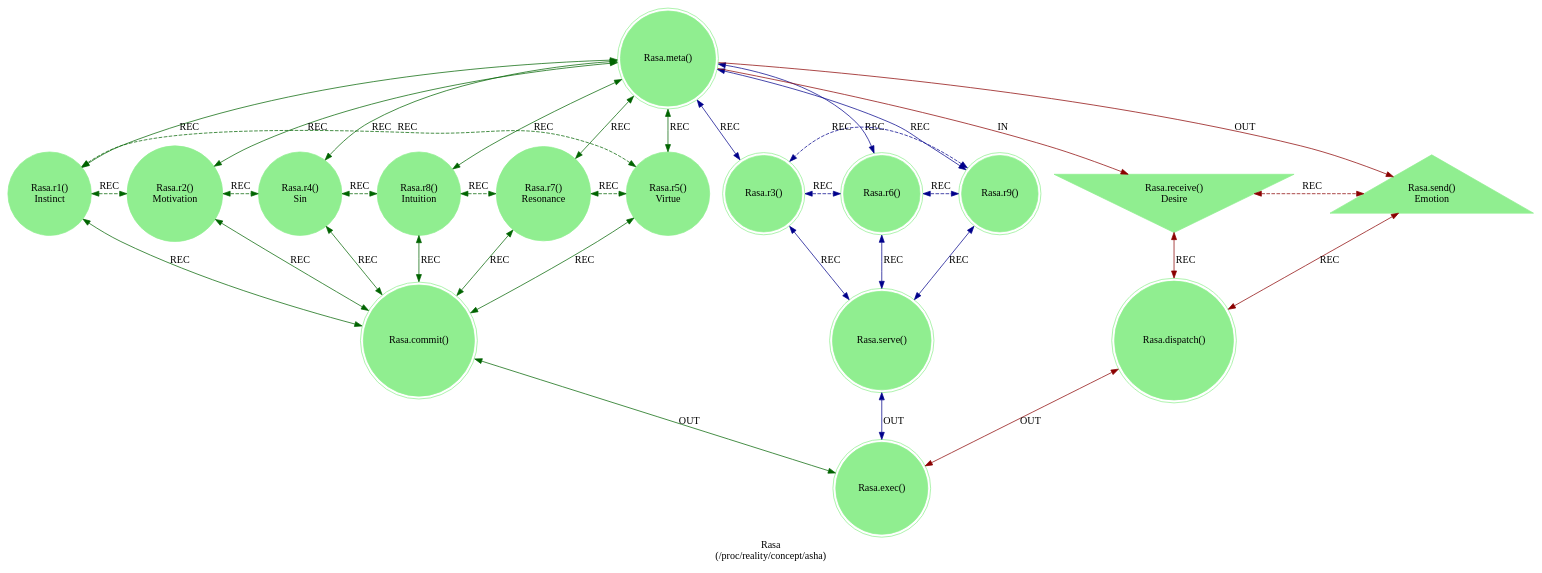
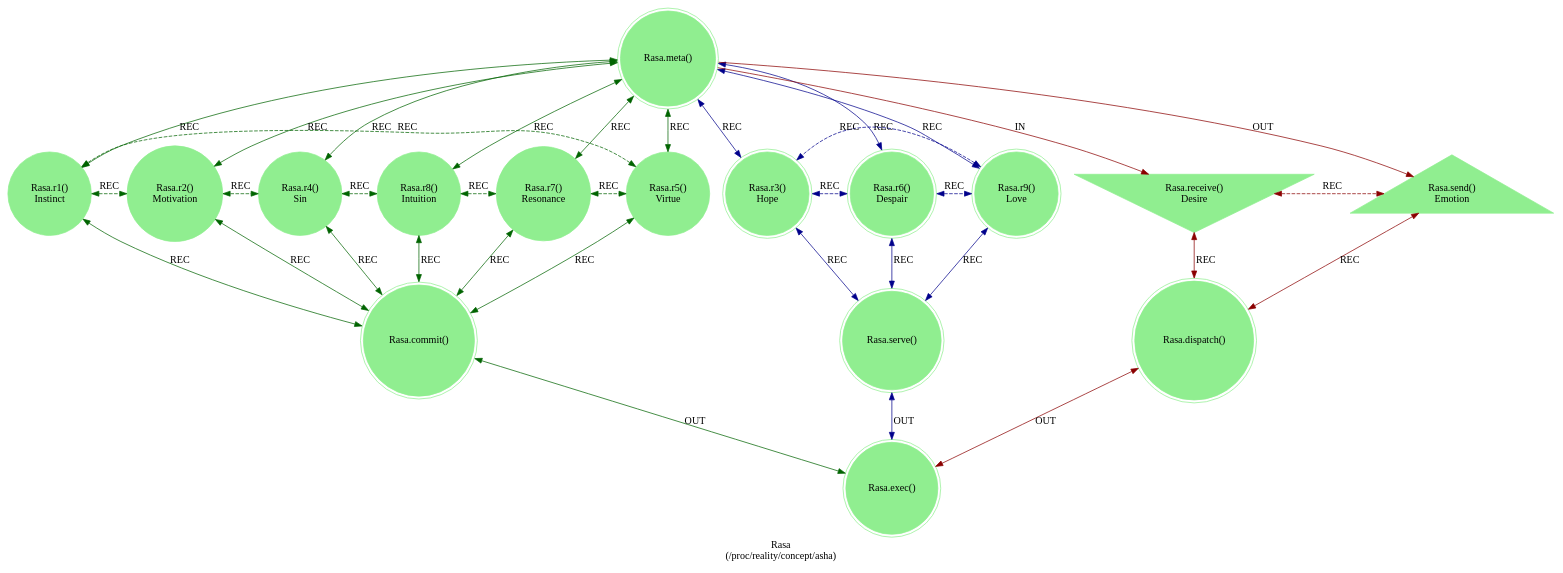
The diagram in src/includes/concept/rasa.dot (cilang/mythos), drawn with Graphviz before and after one commit. The commit also changed 6 other files, not shown here.

```diff
--- a/src/includes/concept/rasa.dot
+++ b/src/includes/concept/rasa.dot
@@ -1,48 +1,48 @@
 strict digraph Rasa {
     label = "Rasa\n(/proc/reality/concept/asha)";
     style = filled;
     color = lightgray;
     node [shape = circle; style = filled; color = lightgreen;];
     
     // The Axis A-0-B (In-Meta-Out).
     // The Sacred 3-6-9 (Boundary of Perception).
     // The Vortex 1-2-4-8-7-5 (Boundary of Comprehension).
     // The Router C-D-E
     // The Closure F
     spark_0_t [label = "Rasa.meta()";comment = "";shape = doublecircle;];
     spark_1_t [label = "Rasa.r1()\nInstinct";comment = "";shape = circle;];
     spark_2_t [label = "Rasa.r2()\nMotivation";comment = "";shape = circle;];
     spark_4_t [label = "Rasa.r4()\nSin";comment = "";shape = circle;];
     spark_8_t [label = "Rasa.r8()\nIntuition";comment = "";shape = circle;];
     spark_7_t [label = "Rasa.r7()\nResonance";comment = "";shape = circle;];
     spark_5_t [label = "Rasa.r5()\nVirtue";comment = "";shape = circle;];
-    spark_3_t [label = "Rasa.r3()";comment = "";shape = doublecircle;];
-    spark_6_t [label = "Rasa.r6()";comment = "";shape = doublecircle;];
-    spark_9_t [label = "Rasa.r9()";comment = "";shape = doublecircle;];
+    spark_3_t [label = "Rasa.r3()\nHope";comment = "";shape = doublecircle;];
+    spark_6_t [label = "Rasa.r6()\nDespair";comment = "";shape = doublecircle;];
+    spark_9_t [label = "Rasa.r9()\nLove";comment = "";shape = doublecircle;];
     spark_a_t [label = "Rasa.receive()\nDesire";comment = "";shape = invtriangle;];
     spark_b_t [label = "Rasa.send()\nEmotion";comment = "";shape = triangle;];
     spark_c_t [label = "Rasa.dispatch()";comment = "";shape = doublecircle;];
     spark_d_t [label = "Rasa.commit()";comment = "";shape = doublecircle;];
     spark_e_t [label = "Rasa.serve()";comment = "";shape = doublecircle;];
     spark_f_t [label = "Rasa.exec()";comment = "";shape = doublecircle;];
     
     // IN = Input
     // OUT = Output
     // REC = Recursion
     spark_0_t -> spark_a_t [label = "IN"; color = darkred; comment = "";];
     spark_0_t -> spark_b_t [label = "OUT"; color = darkred; comment = "";];
     spark_0_t -> {spark_3_t spark_6_t spark_9_t} [label = "REC"; color = darkblue; comment = ""; dir = both;];
     spark_0_t -> {spark_1_t spark_2_t spark_4_t spark_8_t spark_7_t spark_5_t} [label = "REC"; color = darkgreen; comment = ""; dir = both;];
     
     {spark_a_t spark_b_t} -> spark_c_t [label = "REC"; color = darkred; comment = ""; dir = both;];
     {spark_1_t spark_2_t spark_4_t spark_8_t spark_7_t spark_5_t} -> spark_d_t [label = "REC"; color = darkgreen; comment = ""; dir = both;];
     {spark_3_t spark_6_t spark_9_t} -> spark_e_t [label = "REC"; color = darkblue; comment = ""; dir = both;];
     
     spark_1_t -> spark_2_t -> spark_4_t -> spark_8_t -> spark_7_t -> spark_5_t -> spark_1_t [label = "REC"; color = darkgreen; comment = ""; style = dashed; constraint = false; dir = both;];
     spark_3_t -> spark_6_t -> spark_9_t -> spark_3_t [label = "REC"; color = darkblue; comment = ""; style = dashed; constraint = false; dir = both;];
     spark_a_t -> spark_b_t [label = "REC"; color = darkred; comment = ""; constraint = false; style = dashed; dir = both;];
     
     spark_c_t -> spark_f_t [label = "OUT"; color = darkred; comment = ""; dir = both;];
     spark_d_t -> spark_f_t [label = "OUT"; color = darkgreen; comment = ""; dir = both;];
     spark_e_t -> spark_f_t [label = "OUT"; color = darkblue; comment = ""; dir = both;];
 }
```
